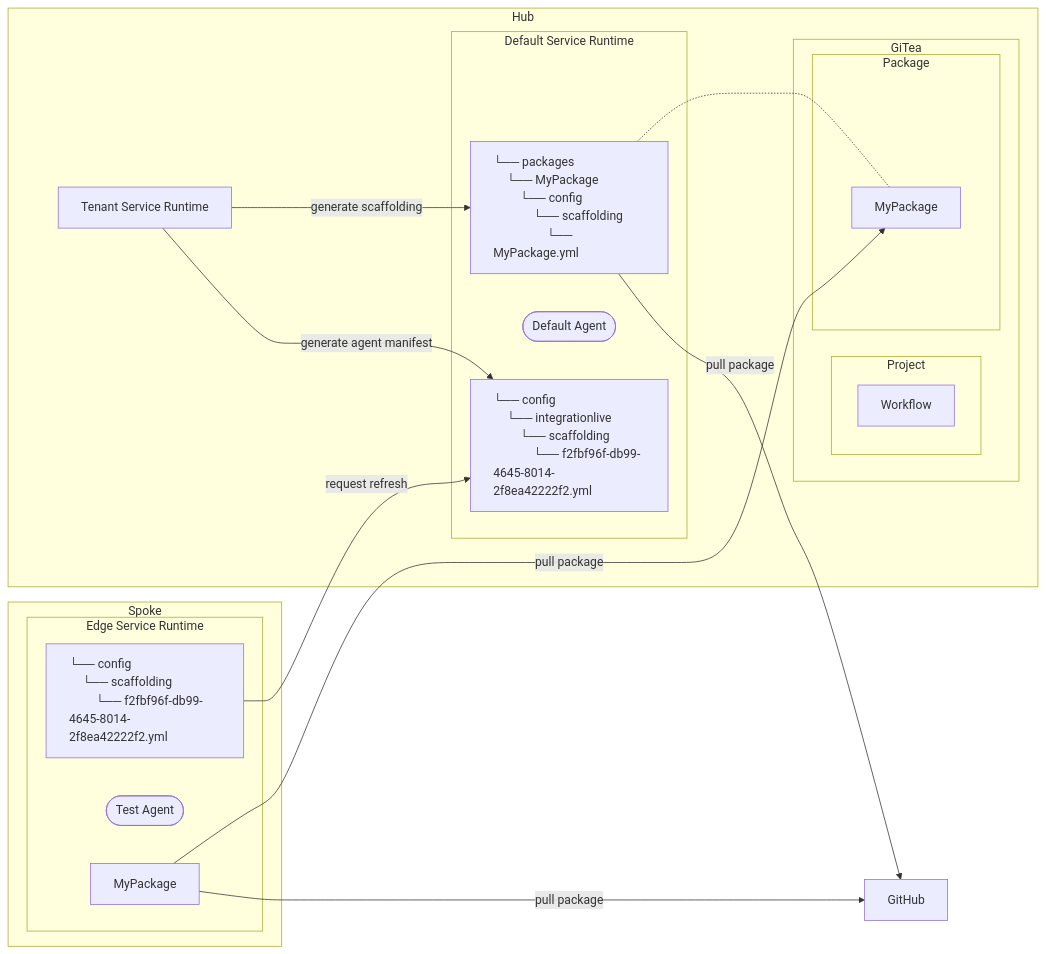
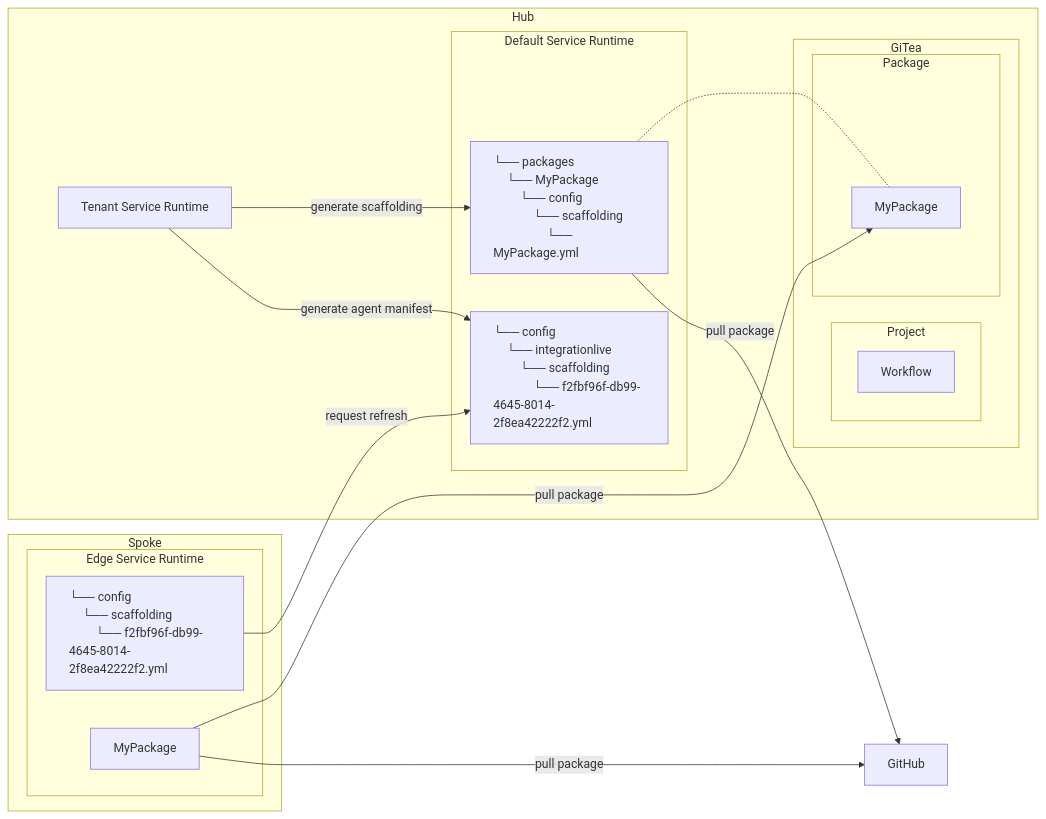
The diagram in app/src/doc/templates/origin.mmd (t-ibm/didymus), drawn with Mermaid before and after one commit.

Commit message:
Removing the agent boxes, they are synonymes to the service runtime

```diff
--- a/app/src/doc/templates/origin.mmd
+++ b/app/src/doc/templates/origin.mmd
@@ -1,51 +1,49 @@
 %%{
 init: {
 'themeVariables': {
 'fontFamily': 'monospace'
 }
 }
 }%%
 flowchart LR
   github[GitHub]
 subgraph hub[Hub]
 hub.tsr["Tenant Service Runtime"]
 subgraph hub.git["GiTea"]
 subgraph hub.git.project["Project"]
 hub.git.project.wf["Workflow"]
 end
 subgraph hub.git.pkg["Package"]
 hub.git.pkg.my["MyPackage"]
 end
 end
 subgraph hub.svc["Default Service Runtime"]
 hub.svc.am["<div style='text-align: left;'>└── config
 #8200;#8200;#8200;#8200;└── integrationlive
 #8200;#8200;#8200;#8200;#8200;#8200;#8200;#8200;└── scaffolding
 #8200;#8200;#8200;#8200;#8200;#8200;#8200;#8200;#8200;#8200;#8200;#8200;└── f2fbf96f-db99-4645-8014-2f8ea42222f2.yml
 </div>"]
-hub.svc.agent(["Default Agent"])
 hub.svc.pkg["<div style='text-align: left;'>└── packages
 #8200;#8200;#8200;#8200;└── MyPackage
 #8200;#8200;#8200;#8200;#8200;#8200;#8200;#8200;└── config
 #8200;#8200;#8200;#8200;#8200;#8200;#8200;#8200;#8200;#8200;#8200;#8200;└── scaffolding
 #8200;#8200;#8200;#8200;#8200;#8200;#8200;#8200;#8200;#8200;#8200;#8200;#8200;#8200;#8200;#8200;└── MyPackage.yml
 </div>"]
 end
 end
 subgraph spoke [Spoke]
 subgraph spoke.svc["Edge Service Runtime"]
 spoke.svc.am["<div style='text-align: left;'>└── config
 #8200;#8200;#8200;#8200;└── scaffolding
 #8200;#8200;#8200;#8200;#8200;#8200;#8200;#8200;└── f2fbf96f-db99-4645-8014-2f8ea42222f2.yml
 </div>"]
-spoke.svc.agent(["Test Agent"])
 spoke.svc.pkg["MyPackage"]
 end
 end
 hub.tsr -- generate scaffolding --> hub.svc.pkg
 hub.tsr -- generate agent manifest --> hub.svc.am
 hub.svc.pkg -.- hub.git.pkg.my
 hub.svc.pkg -- pull package --> github
 spoke.svc.am -- request refresh --> hub.svc.am
 spoke.svc.pkg -- pull package --> hub.git.pkg.my
 spoke.svc.pkg -- pull package --> github
```
